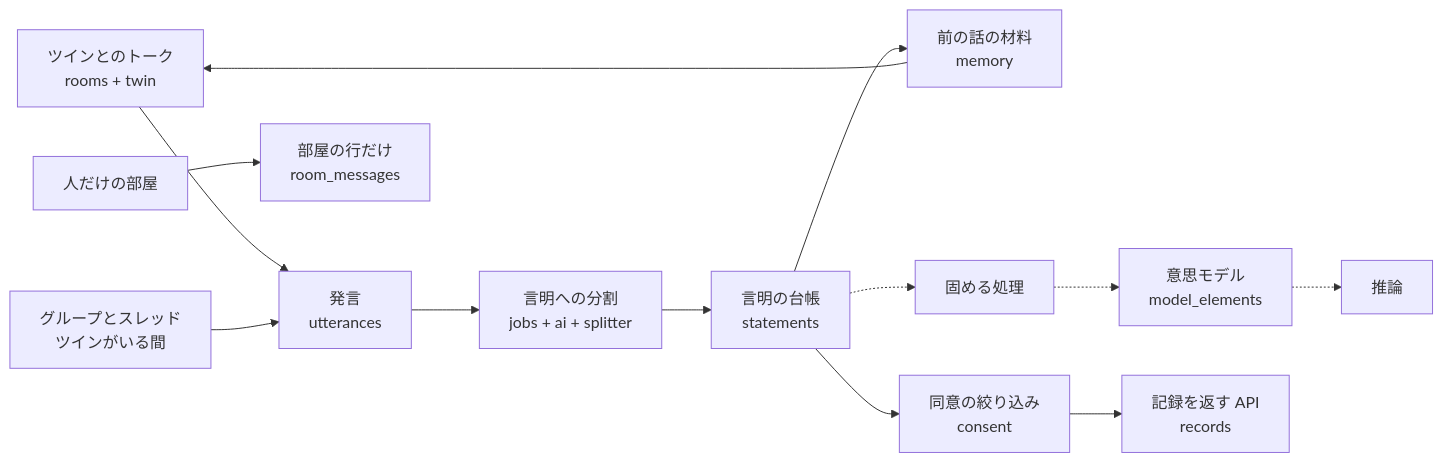
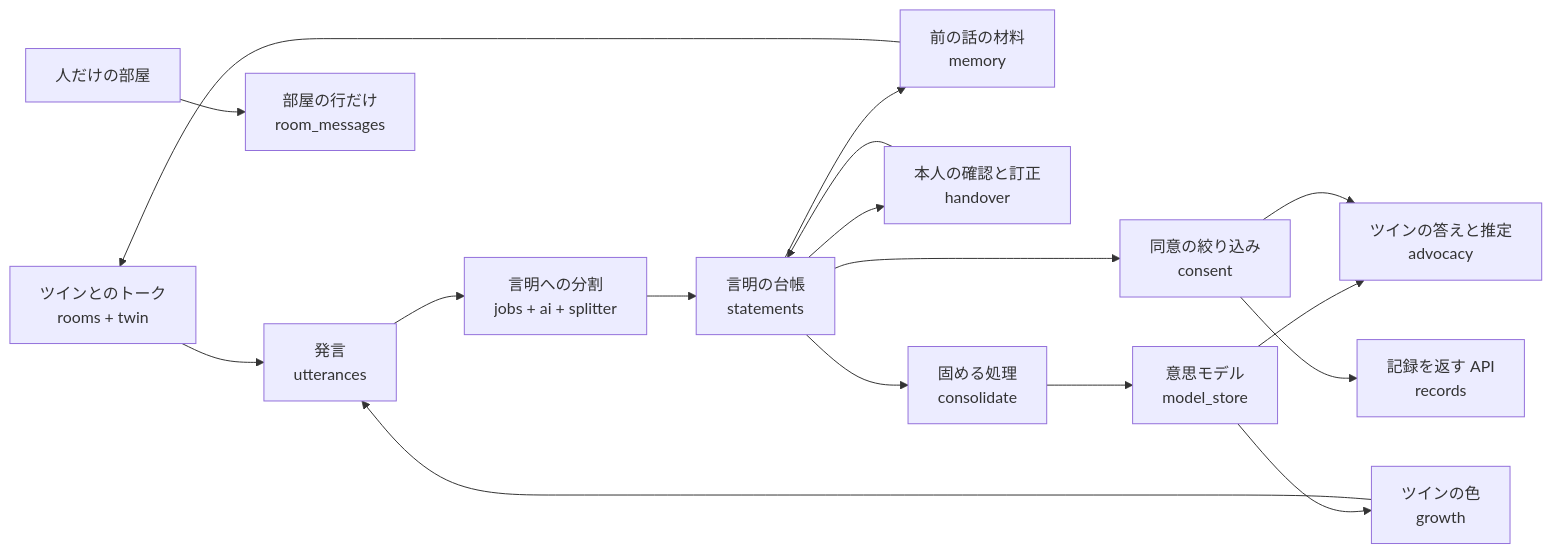
The diagram in docs/architecture.md (tnakashimayam-max/narrative-twin), drawn with Mermaid before and after one commit. The commit also changed other lines of this file and 19 other files, not shown here.

````diff
--- a/docs/architecture.md
+++ b/docs/architecture.md
@@ -7,15 +7,19 @@
 ```mermaid
 flowchart LR
     T[ツインとのトーク<br>rooms + twin] --> U[発言<br>utterances]
     G[グループとスレッド<br>ツインがいる間] --> U
     H[人だけの部屋] --> RM[部屋の行だけ<br>room_messages]
     U --> SP[言明への分割<br>jobs + ai + splitter]
     SP --> S[言明の台帳<br>statements]
     S --> ME[前の話の材料<br>memory]
     ME --> T
-    S -.-> C[固める処理]
-    C -.-> M[意思モデル<br>model_elements]
-    M -.-> I[推論]
+    S --> R[本人の確認と訂正<br>handover]
+    R --> S
+    S --> C[固める処理<br>consolidate]
+    C --> M[意思モデル<br>model_store]
+    M --> I[ツインの答えと推定<br>advocacy]
     S --> V[同意の絞り込み<br>consent]
     V --> A[記録を返す API<br>records]
+    V --> I
+    M --> G[ツインの色<br>growth]
 ```
````
